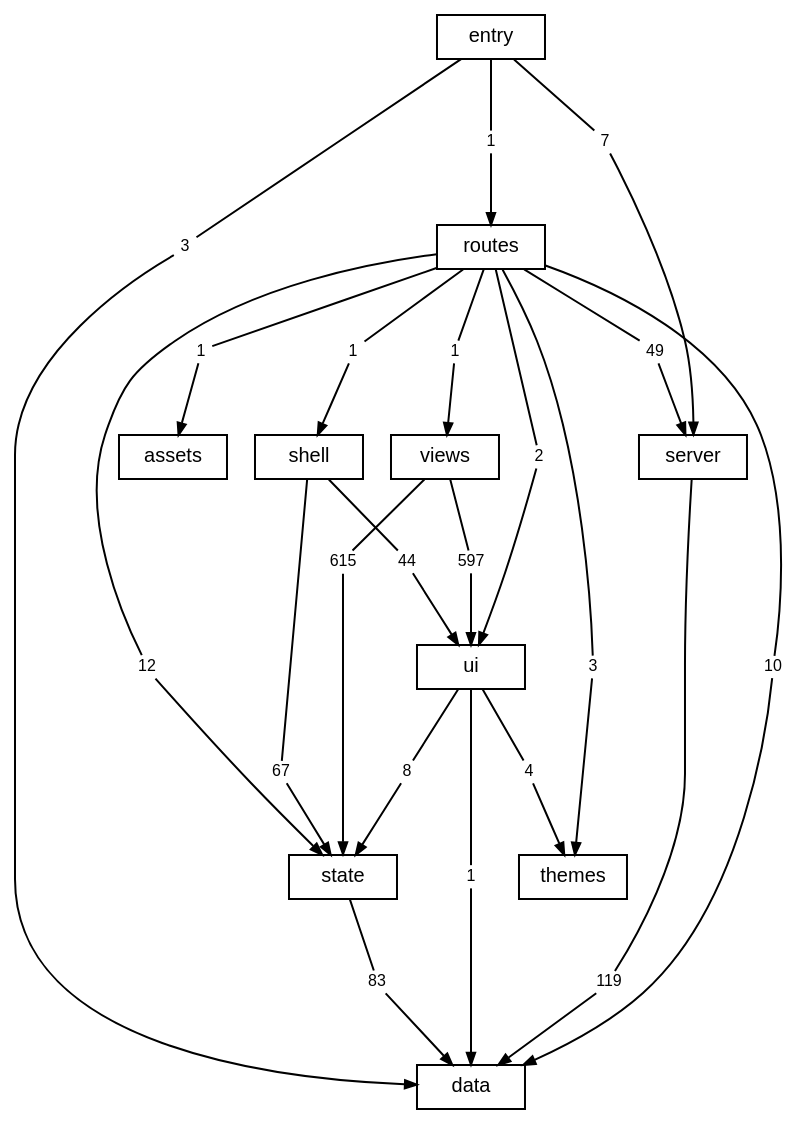
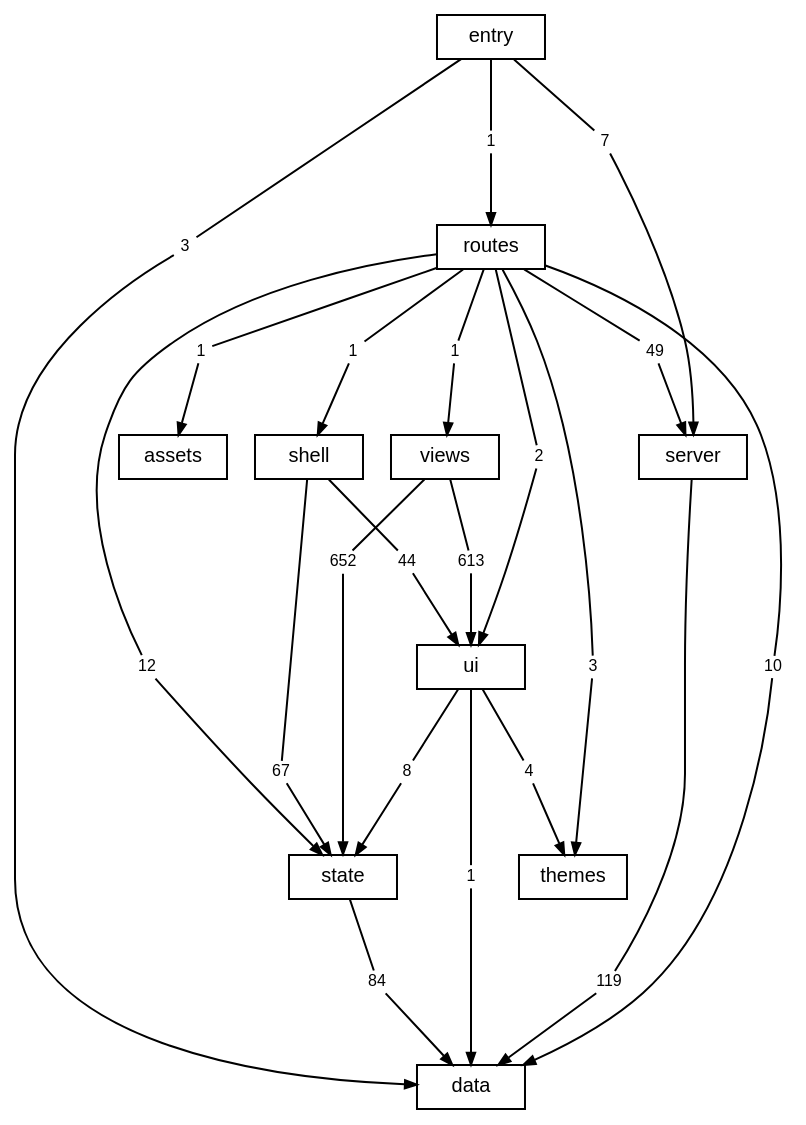
One commit to TheAxeC/oculus changed the diagram in docs/diagrams/layers.dot. Above: the diagram before and after it, drawn with Graphviz. The commit also changed 66 other files, not shown here.

```diff
--- a/docs/diagrams/layers.dot
+++ b/docs/diagrams/layers.dot
@@ -1,75 +1,75 @@
 digraph layers {
     graph [bgcolor="transparent", rankdir=TB, newrank=true, fontname="Helvetica,Arial,sans-serif", fontsize=12, nodesep=0.2, ranksep=0.5];
     node [shape=box, color="black", fontcolor="black", fontname="Helvetica,Arial,sans-serif", fontsize=10, height=0.3, margin="0.12,0.04"];
     edge [color="black", fontcolor="black", fontname="Helvetica,Arial,sans-serif", fontsize=8, arrowsize=0.6];
     "data";
     "server";
     "state";
     "ui";
     "shell";
     "views";
     "themes";
     "routes";
     "src" [label="entry"];
     "files: assets" [label="assets"];
     "routes to data" [label="10", shape=box, color="transparent", fontsize=8, width=0, height=0, margin="0.04,0.02"];
     "routes" -> "routes to data" [arrowhead=none];
     "routes to data" -> "data" [];
     "routes to files: assets" [label="1", shape=box, color="transparent", fontsize=8, width=0, height=0, margin="0.04,0.02"];
     "routes" -> "routes to files: assets" [arrowhead=none];
     "routes to files: assets" -> "files: assets" [];
     "routes to server" [label="49", shape=box, color="transparent", fontsize=8, width=0, height=0, margin="0.04,0.02"];
     "routes" -> "routes to server" [arrowhead=none];
     "routes to server" -> "server" [];
     "routes to shell" [label="1", shape=box, color="transparent", fontsize=8, width=0, height=0, margin="0.04,0.02"];
     "routes" -> "routes to shell" [arrowhead=none];
     "routes to shell" -> "shell" [];
     "routes to state" [label="12", shape=box, color="transparent", fontsize=8, width=0, height=0, margin="0.04,0.02"];
     "routes" -> "routes to state" [arrowhead=none];
     "routes to state" -> "state" [];
     "routes to themes" [label="3", shape=box, color="transparent", fontsize=8, width=0, height=0, margin="0.04,0.02"];
     "routes" -> "routes to themes" [arrowhead=none];
     "routes to themes" -> "themes" [];
     "routes to ui" [label="2", shape=box, color="transparent", fontsize=8, width=0, height=0, margin="0.04,0.02"];
     "routes" -> "routes to ui" [arrowhead=none];
     "routes to ui" -> "ui" [];
     "routes to views" [label="1", shape=box, color="transparent", fontsize=8, width=0, height=0, margin="0.04,0.02"];
     "routes" -> "routes to views" [arrowhead=none];
     "routes to views" -> "views" [];
     "server to data" [label="119", shape=box, color="transparent", fontsize=8, width=0, height=0, margin="0.04,0.02"];
     "server" -> "server to data" [arrowhead=none];
     "server to data" -> "data" [];
     "shell to state" [label="67", shape=box, color="transparent", fontsize=8, width=0, height=0, margin="0.04,0.02"];
     "shell" -> "shell to state" [arrowhead=none];
     "shell to state" -> "state" [];
     "shell to ui" [label="44", shape=box, color="transparent", fontsize=8, width=0, height=0, margin="0.04,0.02"];
     "shell" -> "shell to ui" [arrowhead=none];
     "shell to ui" -> "ui" [];
     "src to data" [label="3", shape=box, color="transparent", fontsize=8, width=0, height=0, margin="0.04,0.02"];
     "src" -> "src to data" [arrowhead=none];
     "src to data" -> "data" [];
     "src to routes" [label="1", shape=box, color="transparent", fontsize=8, width=0, height=0, margin="0.04,0.02"];
     "src" -> "src to routes" [arrowhead=none];
     "src to routes" -> "routes" [];
     "src to server" [label="7", shape=box, color="transparent", fontsize=8, width=0, height=0, margin="0.04,0.02"];
     "src" -> "src to server" [arrowhead=none];
     "src to server" -> "server" [];
-    "state to data" [label="83", shape=box, color="transparent", fontsize=8, width=0, height=0, margin="0.04,0.02"];
+    "state to data" [label="84", shape=box, color="transparent", fontsize=8, width=0, height=0, margin="0.04,0.02"];
     "state" -> "state to data" [arrowhead=none];
     "state to data" -> "data" [];
     "ui to data" [label="1", shape=box, color="transparent", fontsize=8, width=0, height=0, margin="0.04,0.02"];
     "ui" -> "ui to data" [arrowhead=none];
     "ui to data" -> "data" [];
     "ui to state" [label="8", shape=box, color="transparent", fontsize=8, width=0, height=0, margin="0.04,0.02"];
     "ui" -> "ui to state" [arrowhead=none];
     "ui to state" -> "state" [];
     "ui to themes" [label="4", shape=box, color="transparent", fontsize=8, width=0, height=0, margin="0.04,0.02"];
     "ui" -> "ui to themes" [arrowhead=none];
     "ui to themes" -> "themes" [];
-    "views to state" [label="615", shape=box, color="transparent", fontsize=8, width=0, height=0, margin="0.04,0.02"];
+    "views to state" [label="652", shape=box, color="transparent", fontsize=8, width=0, height=0, margin="0.04,0.02"];
     "views" -> "views to state" [arrowhead=none];
     "views to state" -> "state" [];
-    "views to ui" [label="597", shape=box, color="transparent", fontsize=8, width=0, height=0, margin="0.04,0.02"];
+    "views to ui" [label="613", shape=box, color="transparent", fontsize=8, width=0, height=0, margin="0.04,0.02"];
     "views" -> "views to ui" [arrowhead=none];
     "views to ui" -> "ui" [];
 }
```
